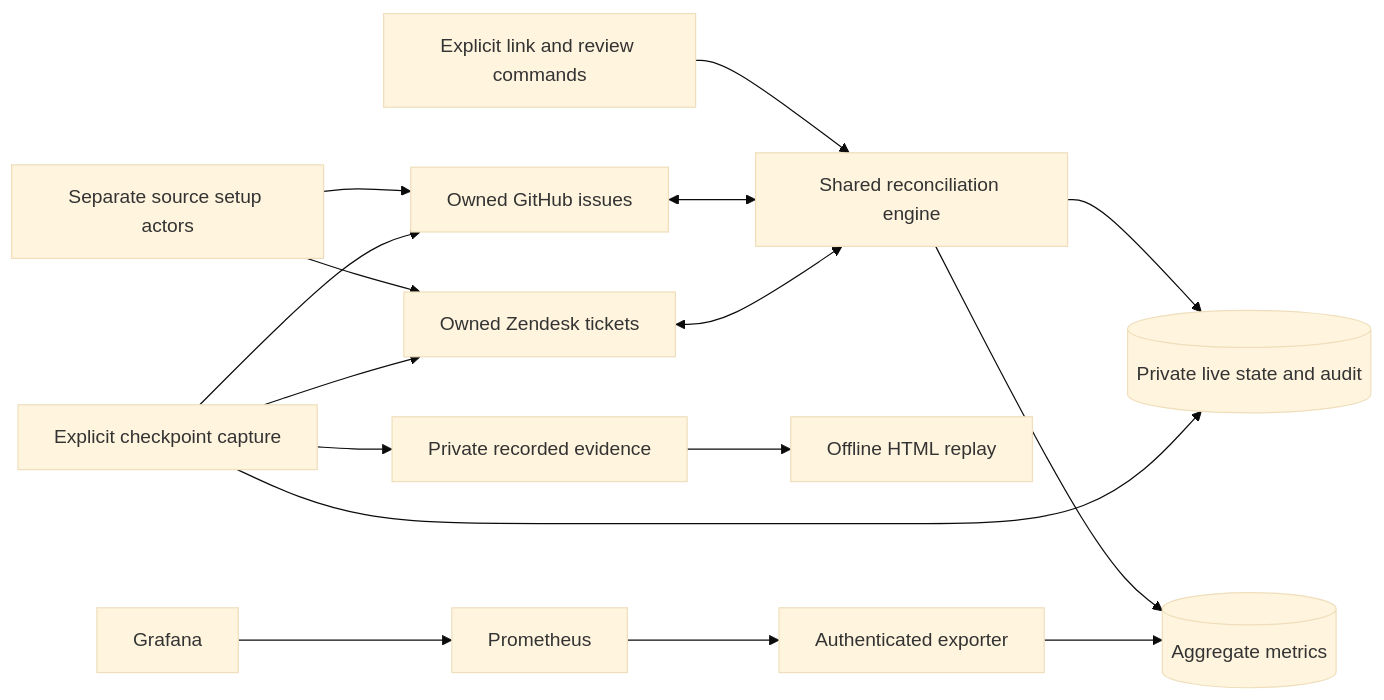
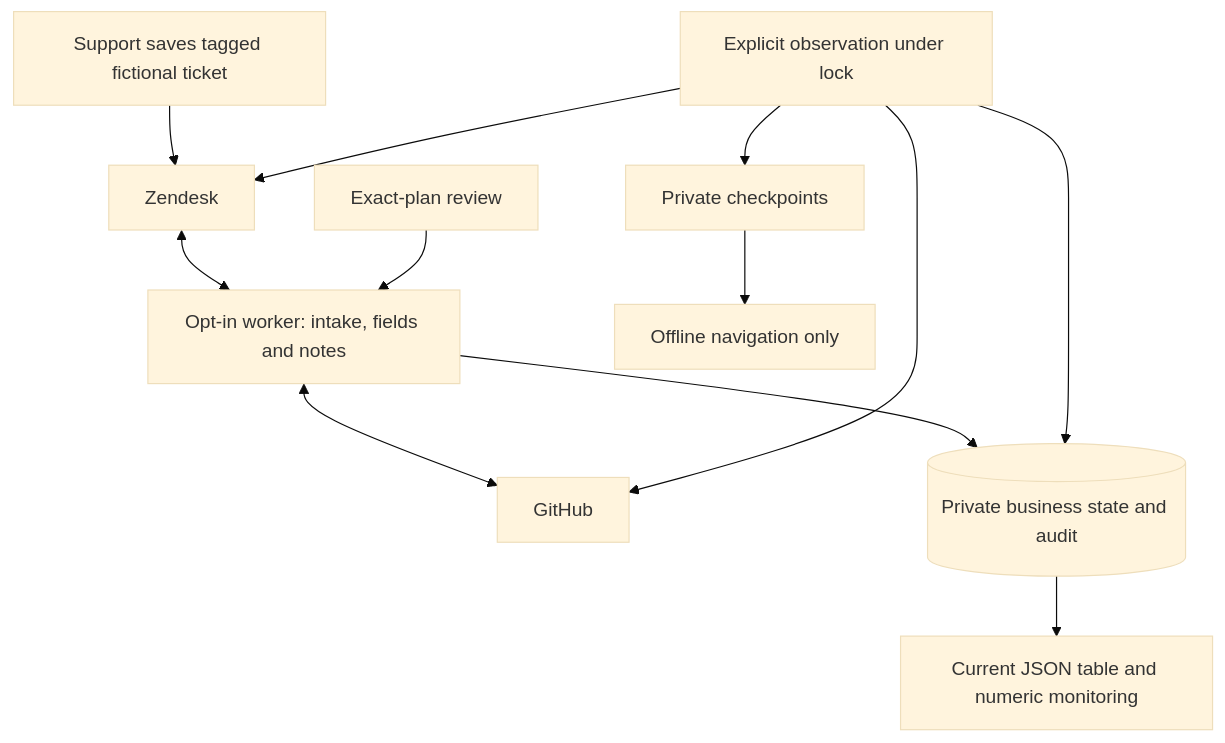
The diagram in docs/LIVE_DEMO.md (AlbertFlorescu/support-bridge), drawn with Mermaid (base theme) before and after one commit. The commit also changed other lines of this file and 127 other files, not shown here.

First line of the commit message:
Add Zendesk intake, engineering notes and complete monitoring

````diff
--- a/docs/LIVE_DEMO.md
+++ b/docs/LIVE_DEMO.md
@@ -32,18 +32,14 @@
 ```mermaid
-flowchart LR
-    Actors[Separate source setup actors] --> GH[Owned GitHub issues]
-    Actors --> ZD[Owned Zendesk tickets]
-    Operator[Explicit link and review commands] --> Bridge[Shared reconciliation engine]
-    GH <--> Bridge
-    ZD <--> Bridge
-    Bridge --> State[(Private live state and audit)]
-    Capture[Explicit checkpoint capture] --> State
+flowchart TB
+    Support["Support saves tagged fictional ticket"] --> ZD["Zendesk"]
+    ZD <--> Workflow["Opt-in worker: intake, fields and notes"]
+    Workflow <--> GH["GitHub"]
+    Operator["Exact-plan review"] --> Workflow
+    Workflow --> State[("Private business state and audit")]
+    State --> Monitoring["Current JSON table and numeric monitoring"]
+    Capture["Explicit observation under lock"] --> State
+    Capture --> ZD
     Capture --> GH
-    Capture --> ZD
-    Capture --> Evidence[Private recorded evidence]
-    Evidence --> Replay[Offline HTML replay]
-    Bridge --> Metrics[(Aggregate metrics)]
-    Prometheus --> Exporter[Authenticated exporter]
-    Exporter --> Metrics
-    Grafana --> Prometheus
+    Capture --> Evidence["Private checkpoints"]
+    Evidence --> Replay["Offline navigation only"]
 ```
````
